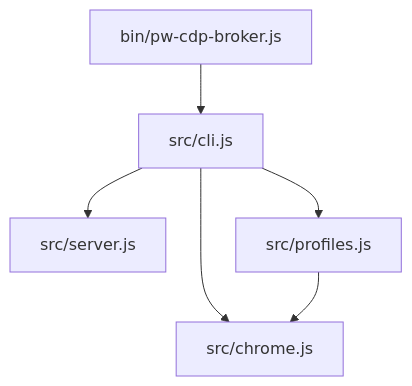
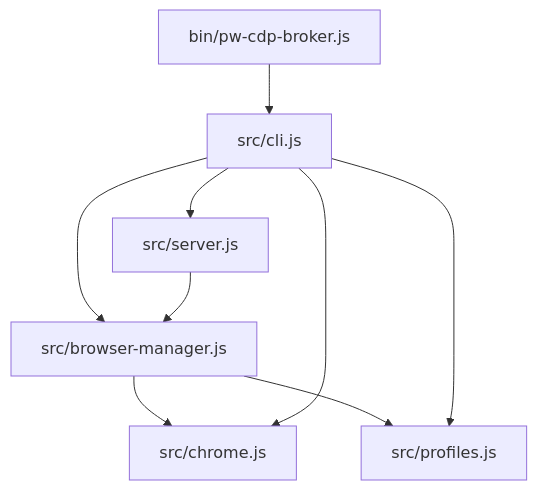
Before and after one commit to sloppygadget-bot/pw-cdp-broker: the diagram in .kn/wiki/architecture/module-boundaries.md, drawn with Mermaid. The commit also changed other lines of this file and 22 other files, not shown here.

````diff
--- a/.kn/wiki/architecture/module-boundaries.md
+++ b/.kn/wiki/architecture/module-boundaries.md
@@ -26,8 +28,11 @@
 ```mermaid
 flowchart TD
   bin["bin/pw-cdp-broker.js"] --> cli["src/cli.js"]
   cli --> server["src/server.js"]
+  cli --> manager["src/browser-manager.js"]
+  server --> manager
+  manager --> chrome["src/chrome.js"]
+  manager --> profiles["src/profiles.js"]
   cli --> chrome["src/chrome.js"]
   cli --> profiles["src/profiles.js"]
-  profiles --> chrome
 ```
````
